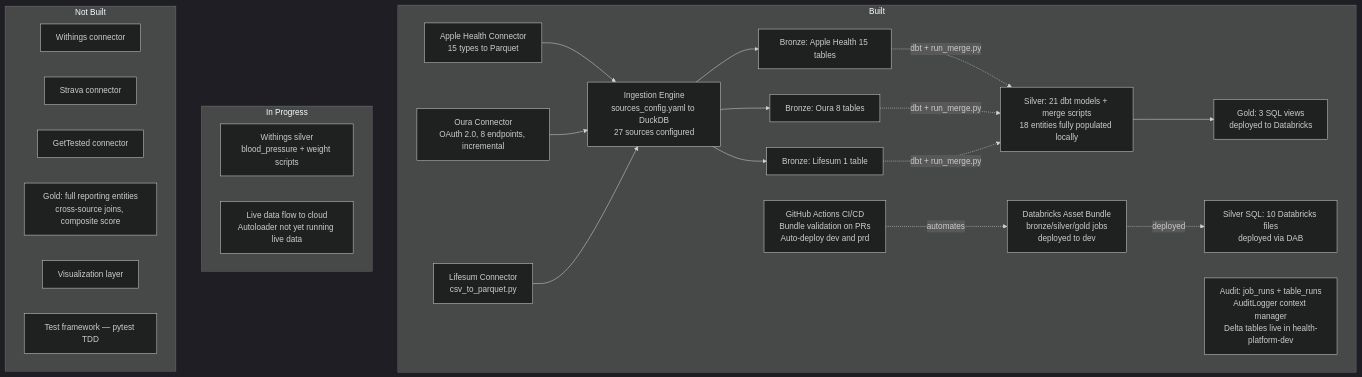
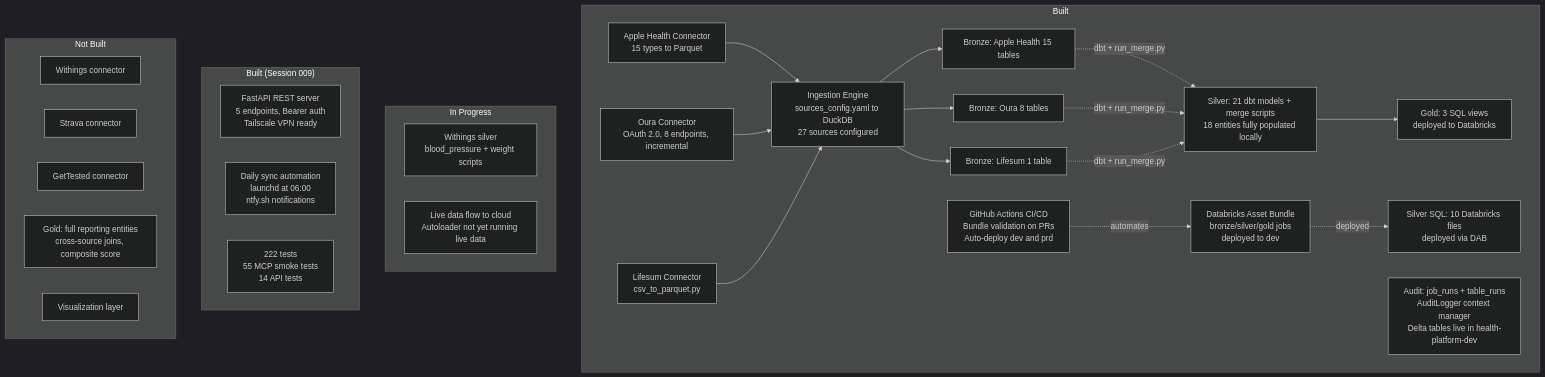
Before and after one commit to EduardPetraeus/HealthReporting: the second of 2 diagrams in docs/architecture.md, drawn with Mermaid (dark theme). The commit also changed other lines of this file and 4 other files, not shown here.

````diff
--- a/docs/architecture.md
+++ b/docs/architecture.md
@@ -73,42 +73,47 @@
 ```mermaid
 graph TD
     subgraph "Built"
         AH_C[Apple Health Connector<br/>15 types to Parquet]
         OU_C[Oura Connector<br/>OAuth 2.0, 8 endpoints, incremental]
         LI_C[Lifesum Connector<br/>csv_to_parquet.py]
         IE[Ingestion Engine<br/>sources_config.yaml to DuckDB<br/>27 sources configured]
         B_AH[Bronze: Apple Health 15 tables]
         B_OU[Bronze: Oura 8 tables]
         B_LI[Bronze: Lifesum 1 table]
         S_DDB[Silver: 21 dbt models + merge scripts<br/>18 entities fully populated locally]
         S_DB[Silver SQL: 10 Databricks files<br/>deployed via DAB]
         G_DB[Gold: 3 SQL views<br/>deployed to Databricks]
         AUD[Audit: job_runs + table_runs<br/>AuditLogger context manager<br/>Delta tables live in health-platform-dev]
         DAB[Databricks Asset Bundle<br/>bronze/silver/gold jobs<br/>deployed to dev]
         CICD[GitHub Actions CI/CD<br/>Bundle validation on PRs<br/>Auto-deploy dev and prd]
     end
 
     subgraph "In Progress"
         WITH_S[Withings silver<br/>blood_pressure + weight scripts]
         DBX_LIVE[Live data flow to cloud<br/>Autoloader not yet running live data]
     end
 
+    subgraph "Built (Session 009)"
+        API[FastAPI REST server<br/>5 endpoints, Bearer auth<br/>Tailscale VPN ready]
+        DSYNC[Daily sync automation<br/>launchd at 06:00<br/>ntfy.sh notifications]
+        SMOKE[222 tests<br/>55 MCP smoke tests<br/>14 API tests]
+    end
+
     subgraph "Not Built"
         WITH_C[Withings connector]
         STRA[Strava connector]
         GETT[GetTested connector]
         G_FULL[Gold: full reporting entities<br/>cross-source joins, composite score]
         VIZ[Visualization layer]
-        TDD[Test framework — pytest TDD]
     end
 
     AH_C --> IE --> B_AH
     OU_C --> IE --> B_OU
     LI_C --> IE --> B_LI
     B_AH -.->|dbt + run_merge.py| S_DDB
     B_OU -.->|dbt + run_merge.py| S_DDB
     B_LI -.->|dbt + run_merge.py| S_DDB
     S_DDB --> G_DB
     DAB -.->|deployed| S_DB
     CICD -.->|automates| DAB
 ```
````
